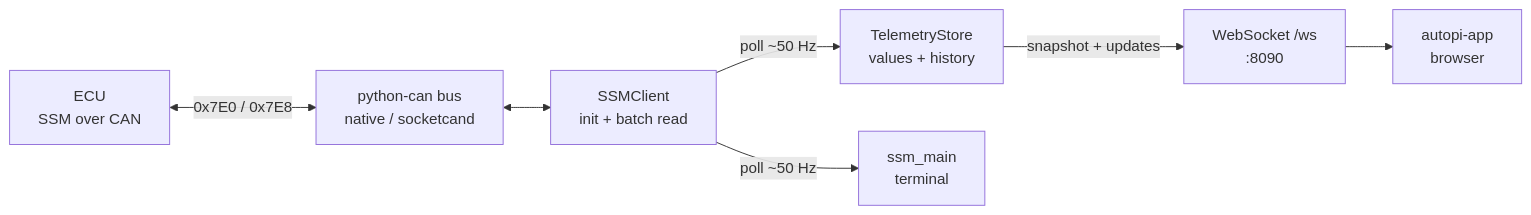
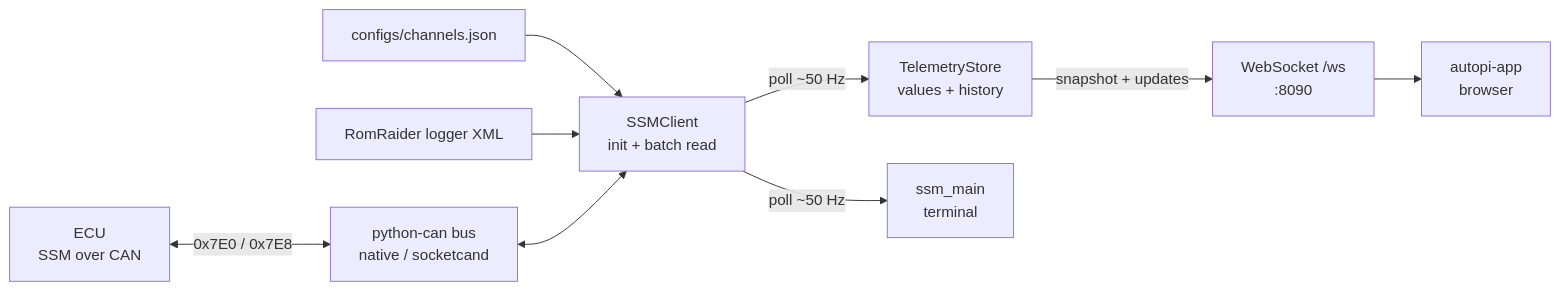
The diagram in src/ssm-collector/README.md (Loren-Brown/autopi), drawn with Mermaid before and after one commit. The commit also changed other lines of this file and 32 other files, not shown here.

First line of the commit message:
Replace giant SSM JSON maps with RomRaider XML and local channel configs.

````diff
--- a/src/ssm-collector/README.md
+++ b/src/ssm-collector/README.md
@@ -18,17 +18,21 @@
 ```mermaid
 flowchart LR
   ECU["ECU<br/>SSM over CAN"]
   BUS["python-can bus<br/>native / socketcand"]
   CLIENT["SSMClient<br/>init + batch read"]
   STORE["TelemetryStore<br/>values + history"]
   WS["WebSocket /ws<br/>:8090"]
   UI["autopi-app<br/>browser"]
   TERM["ssm_main<br/>terminal"]
+  XML["RomRaider logger XML"]
+  CH["configs/channels.json"]
 
+  CH --> CLIENT
+  XML --> CLIENT
   ECU <-->|0x7E0 / 0x7E8| BUS
   BUS <--> CLIENT
   CLIENT -->|poll ~50 Hz| STORE
   STORE -->|snapshot + updates| WS
   WS --> UI
   CLIENT -->|poll ~50 Hz| TERM
 ```
````
